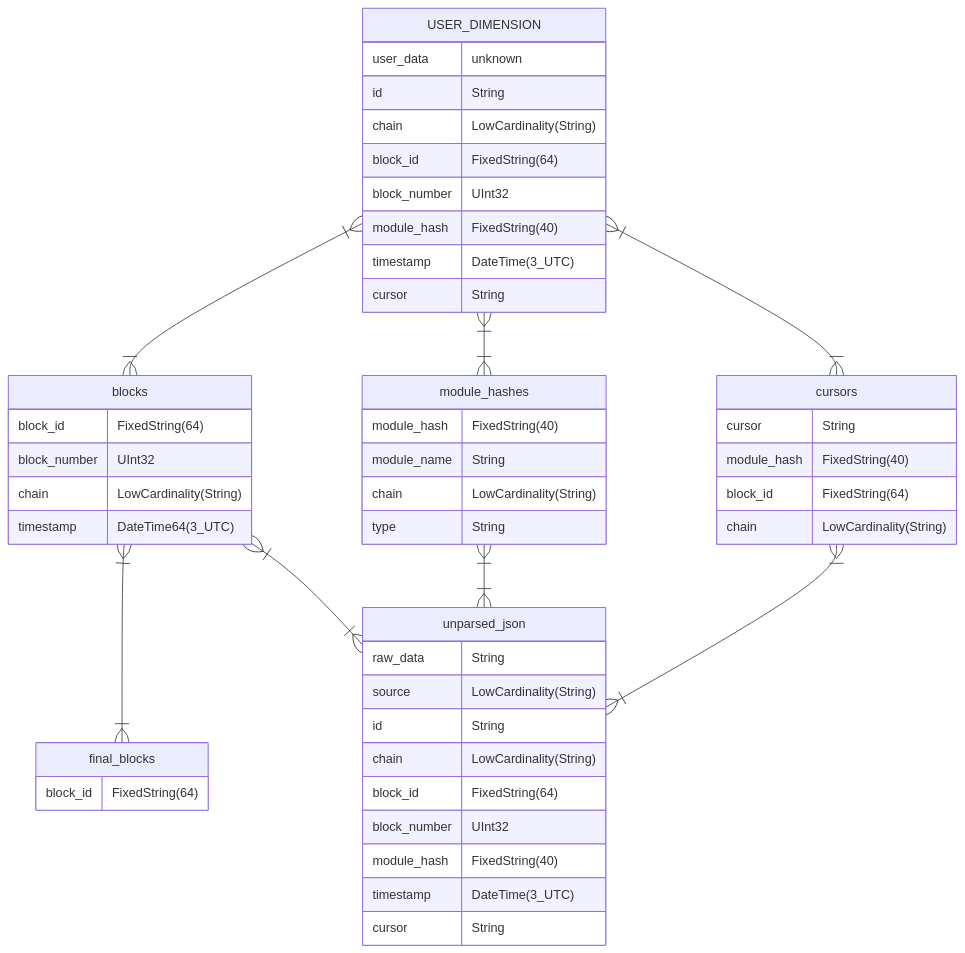
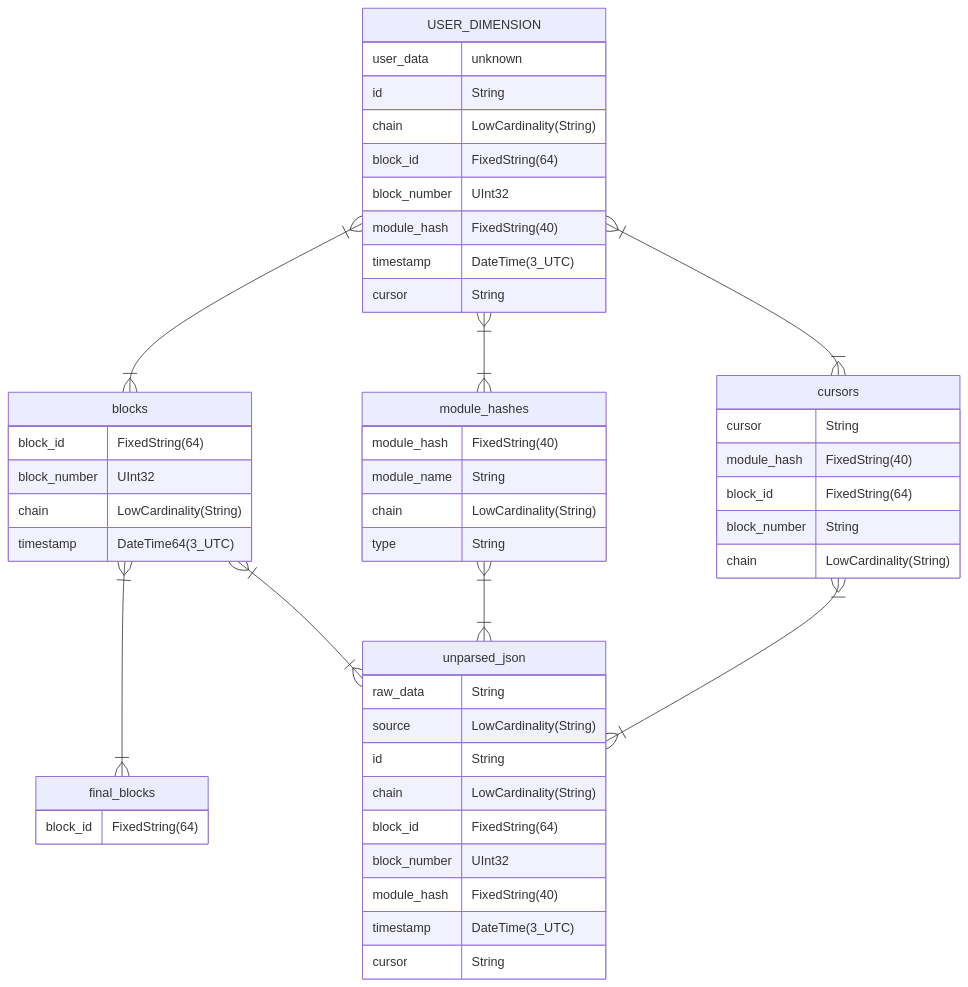
Before and after one commit to pinax-network/substreams-sink-clickhouse: the diagram in README.md, drawn with Mermaid.

Commit message:
added missing field

````diff
--- a/README.md
+++ b/README.md
@@ -168,60 +168,61 @@
 ```mermaid
 erDiagram
     USER_DIMENSION }|--|{ blocks : " "
     USER_DIMENSION }|--|{ module_hashes : " "
     USER_DIMENSION }|--|{ cursors : " "
 
     blocks }|--|{ final_blocks : " "
 
     blocks }|--|{ unparsed_json : " "
     module_hashes }|--|{ unparsed_json : " "
     cursors }|--|{ unparsed_json : " "
 
     USER_DIMENSION {
         user_data unknown
         id String
         chain LowCardinality(String)
         block_id FixedString(64)
         block_number UInt32
         module_hash FixedString(40)
         timestamp DateTime(3_UTC)
         cursor String
    }
 
     unparsed_json {
         raw_data String
         source LowCardinality(String)
         id String
         chain LowCardinality(String)
         block_id FixedString(64)
         block_number UInt32
         module_hash FixedString(40)
         timestamp DateTime(3_UTC)
         cursor String
     }
 
     blocks {
           block_id FixedString(64)
           block_number UInt32
           chain LowCardinality(String)
           timestamp DateTime64(3_UTC)
     }
 
     module_hashes {
         module_hash   FixedString(40)
         module_name   String
         chain         LowCardinality(String)
         type          String
     }
 
     final_blocks {
         block_id FixedString(64)
     }
 
     cursors {
         cursor        String
         module_hash   FixedString(40)
         block_id      FixedString(64)
+        block_number  String
         chain         LowCardinality(String)
     }
 ```
````
